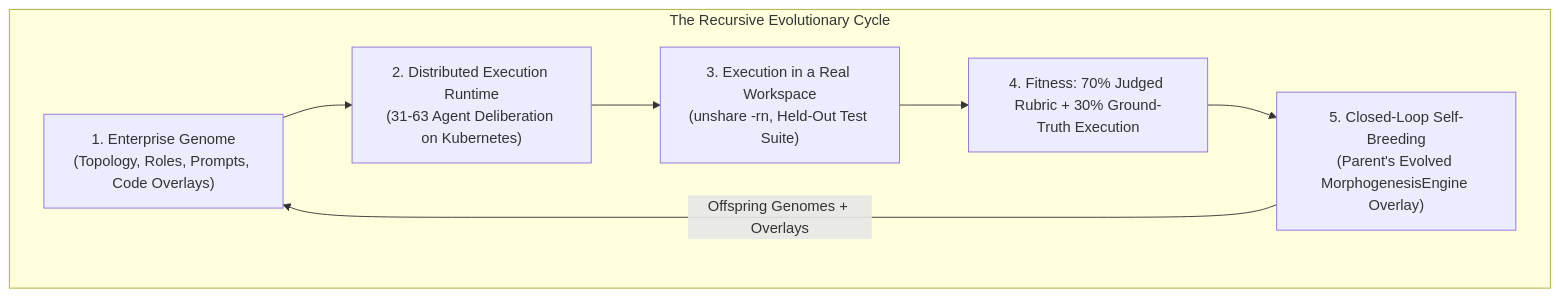
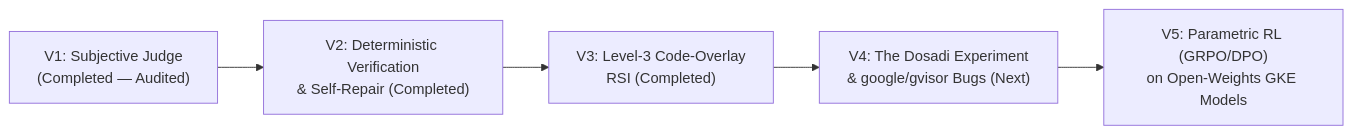
One commit to SinaChavoshi/hierarchical-agent-evolution changed the diagram in README.md. Above: the diagram before and after it, drawn with Mermaid. The commit also changed other lines of this file and 4 other files, not shown here.

Commit message:
docs: restructure root README as high-level executive summary with V1-V3 experiment outcome tables, sub-README links, and V4 Dosadi + google/gvisor & V5 RL roadmap

````diff
--- a/README.md
+++ b/README.md
@@ -35,16 +44,7 @@
 ```mermaid
-graph TD
-    subgraph SelfImprovementLoop ["The Recursive Evolutionary Cycle"]
-        Genome["1. Enterprise Genome<br/>(Topology, Roles, Prompts, Code Overlays)"]
-        Execution["2. Distributed Execution Runtime<br/>(31-63 Agent Deliberation on Kubernetes)"]
-        Sandbox["3. Execution in a Real Workspace<br/>(unshare -rn, Held-Out Test Suite)"]
-        Fitness["4. Fitness: 70% Judged Rubric + 30% Ground-Truth Execution"]
-        Breeding["5. Closed-Loop Self-Breeding<br/>(Parent's Evolved MorphogenesisEngine Overlay)"]
-
-        Genome --> Execution
-        Execution --> Sandbox
-        Sandbox --> Fitness
-        Fitness --> Breeding
-        Breeding -->|Offspring Genomes + Overlays| Genome
-    end
+flowchart LR
+    V1["V1: Subjective Judge<br/>(Completed — Audited)"] --> V2["V2: Deterministic Verification<br/>& Self-Repair (Completed)"]
+    V2 --> V3["V3: Level-3 Code-Overlay<br/>RSI (Completed)"]
+    V3 --> V4["V4: The Dosadi Experiment<br/>& google/gvisor Bugs (Next)"]
+    V4 --> V5["V5: Parametric RL (GRPO/DPO)<br/>on Open-Weights GKE Models"]
 ```
````
